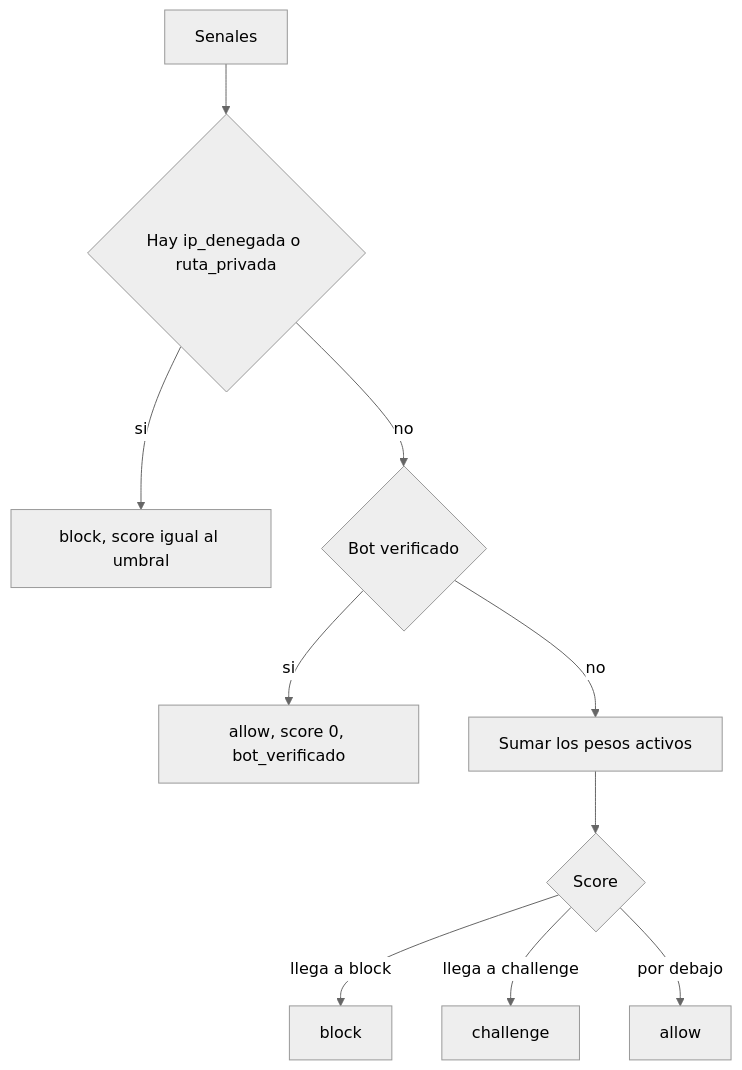
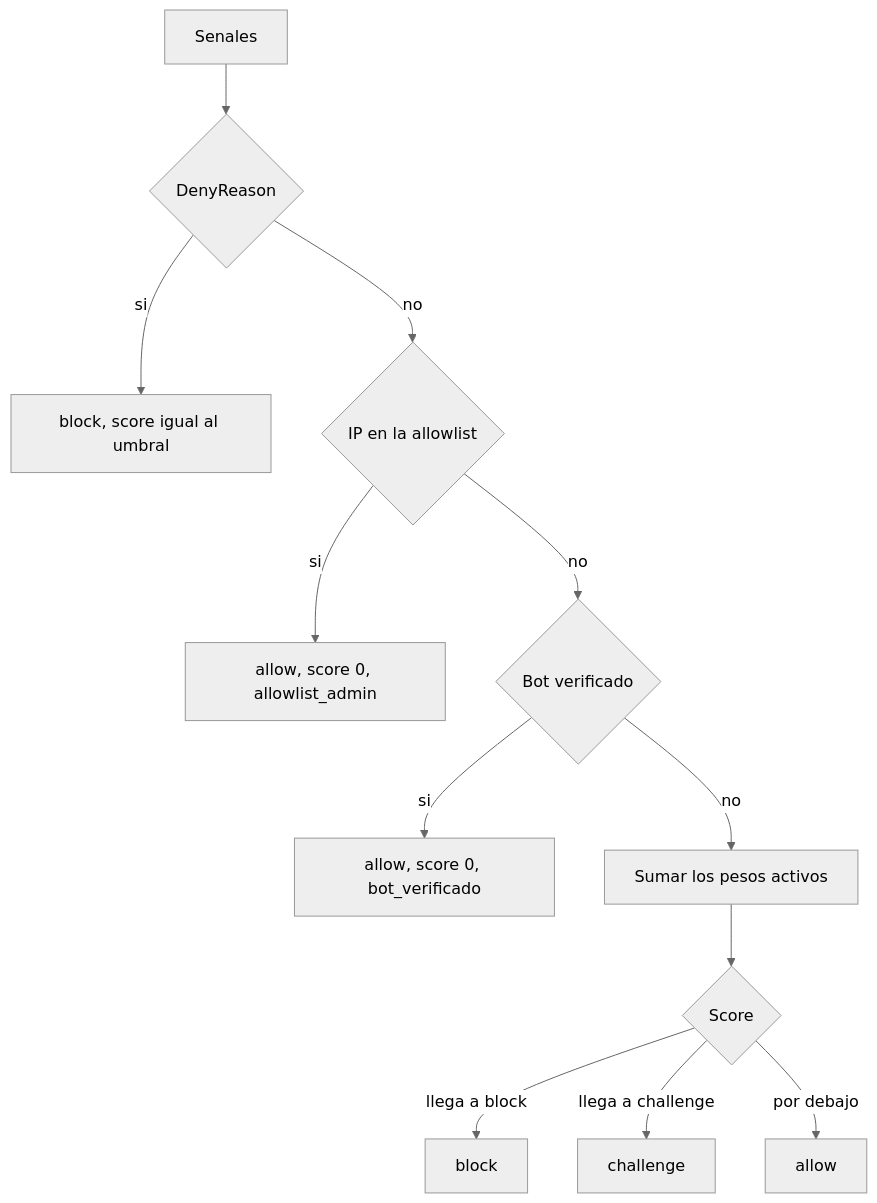
The sixth of 11 diagrams in README.md (fharias/guardian-scrapy), drawn with Mermaid (neutral theme) before and after one commit. The commit also changed other lines of this file and 3 other files, not shown here.

````diff
--- a/README.md
+++ b/README.md
@@ -170,12 +172,14 @@
 ```mermaid
 flowchart TD
-  sig[Senales] --> deny{Hay ip_denegada o ruta_privada}
+  sig[Senales] --> deny{DenyReason}
   deny -->|si| block["block, score igual al umbral"]
-  deny -->|no| verified{Bot verificado}
+  deny -->|no| lista{IP en la allowlist}
+  lista -->|si| allowA["allow, score 0, allowlist_admin"]
+  lista -->|no| verified{Bot verificado}
   verified -->|si| allow["allow, score 0, bot_verificado"]
   verified -->|no| suma[Sumar los pesos activos]
   suma --> umbral{Score}
   umbral -->|llega a block| block2[block]
   umbral -->|llega a challenge| challenge[challenge]
   umbral -->|por debajo| allow2[allow]
 ```
````
